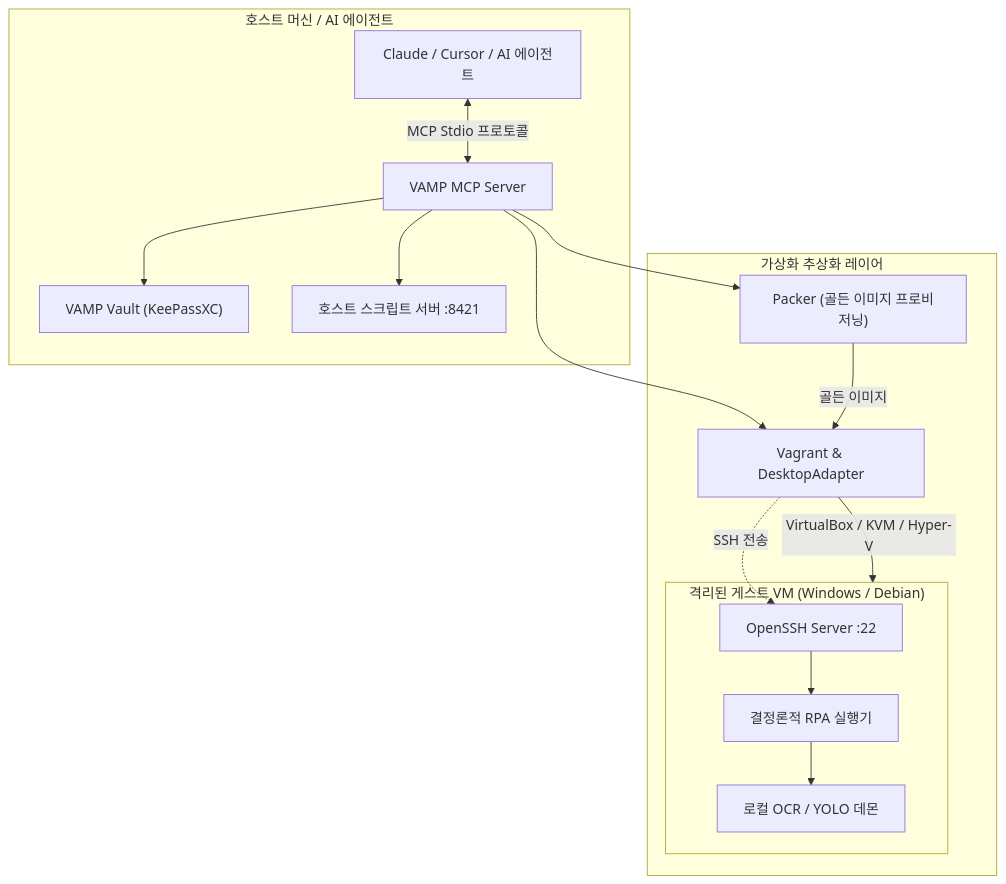
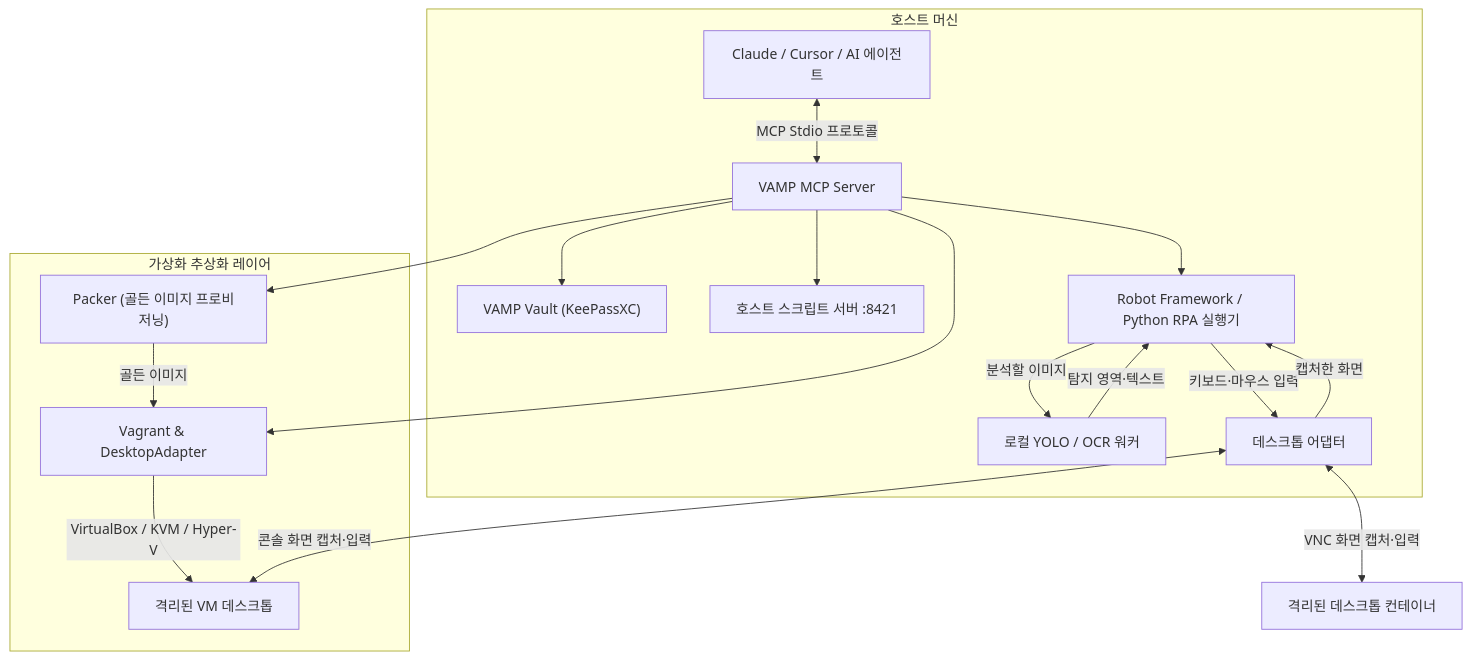
Before and after one commit to wayfarer6/vamp-mcp: the diagram in README.ko.md, drawn with Mermaid. The commit also changed other lines of this file and 3 other files, not shown here.

Commit message:
Document host-side RPA execution and screen analysis

````diff
--- a/README.ko.md
+++ b/README.ko.md
@@ -114,32 +114,35 @@
 ```mermaid
 flowchart TD
-    subgraph Host ["호스트 머신 / AI 에이전트"]
+    subgraph Host ["호스트 머신"]
         Agent["Claude / Cursor / AI 에이전트"]
         MCP["VAMP MCP Server"]
         Vault["VAMP Vault (KeePassXC)"]
         HTTP["호스트 스크립트 서버 :8421"]
+        RPA["Robot Framework / Python RPA 실행기"]
+        Vision["로컬 YOLO / OCR 워커"]
+        Desktop["데스크톱 어댑터"]
 
         Agent <-->|MCP Stdio 프로토콜| MCP
         MCP --> Vault
         MCP --> HTTP
+        MCP --> RPA
+        RPA -->|키보드·마우스 입력| Desktop
+        Desktop -->|캡처한 화면| RPA
+        RPA -->|분석할 이미지| Vision
+        Vision -->|탐지 영역·텍스트| RPA
     end
 
     subgraph Infrastructure ["가상화 추상화 레이어"]
         Packer["Packer (골든 이미지 프로비저닝)"]
         Vagrant["Vagrant & DesktopAdapter"]
         MCP --> Packer
         MCP --> Vagrant
         Packer -->|골든 이미지| Vagrant
-        Vagrant -->|VirtualBox / KVM / Hyper-V| Guest
+        Vagrant -->|VirtualBox / KVM / Hyper-V| VM
     end
 
-    subgraph Guest ["격리된 게스트 VM (Windows / Debian)"]
-        SSH["OpenSSH Server :22"]
-        RPA["결정론적 RPA 실행기"]
-        Vision["로컬 OCR / YOLO 데몬"]
-
-        Vagrant -. SSH 전송 .-> SSH
-        SSH --> RPA
-        RPA --> Vision
-    end
+    VM["격리된 VM 데스크톱"]
+    Container["격리된 데스크톱 컨테이너"]
+    Desktop <-->|콘솔 화면 캡처·입력| VM
+    Desktop <-->|VNC 화면 캡처·입력| Container
 ```
````
